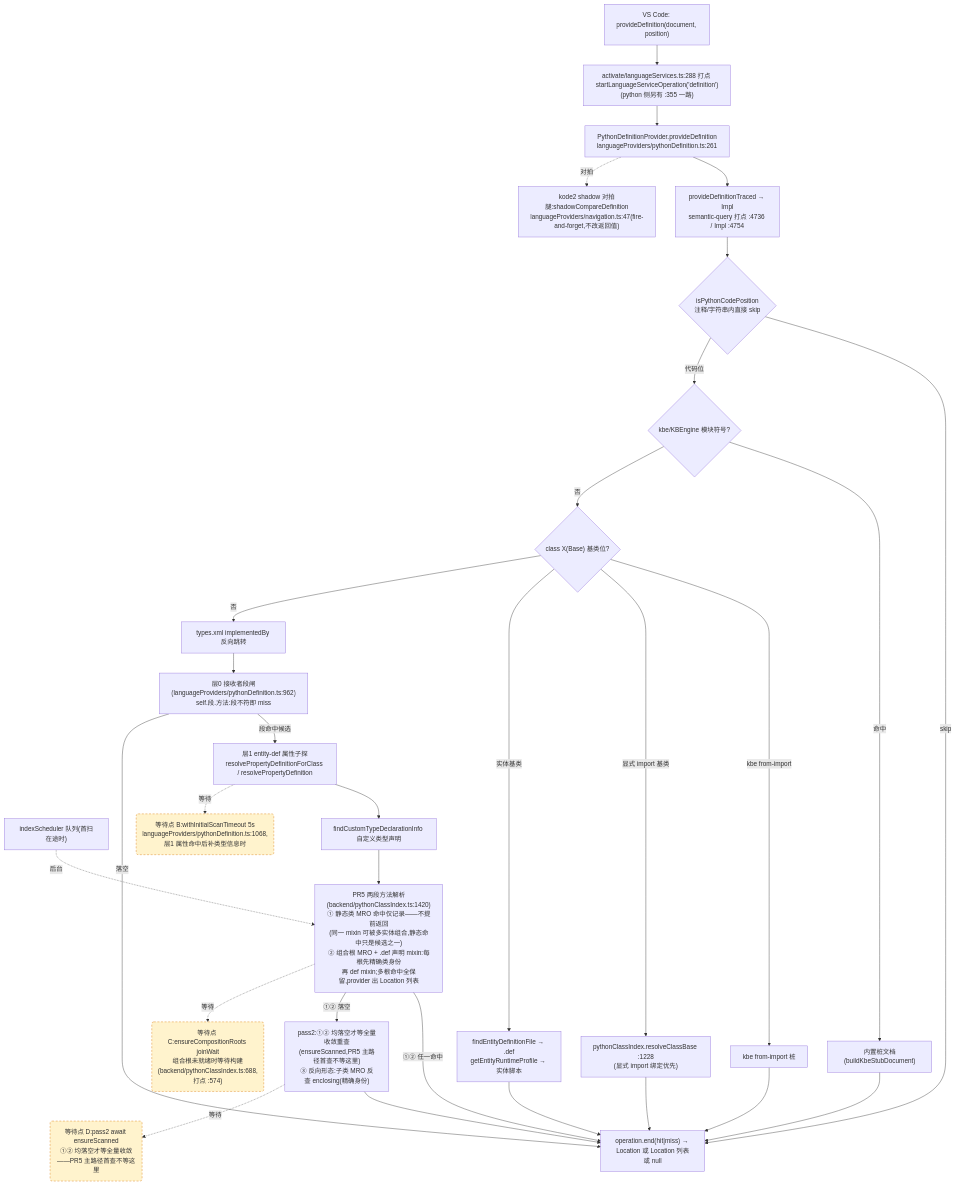
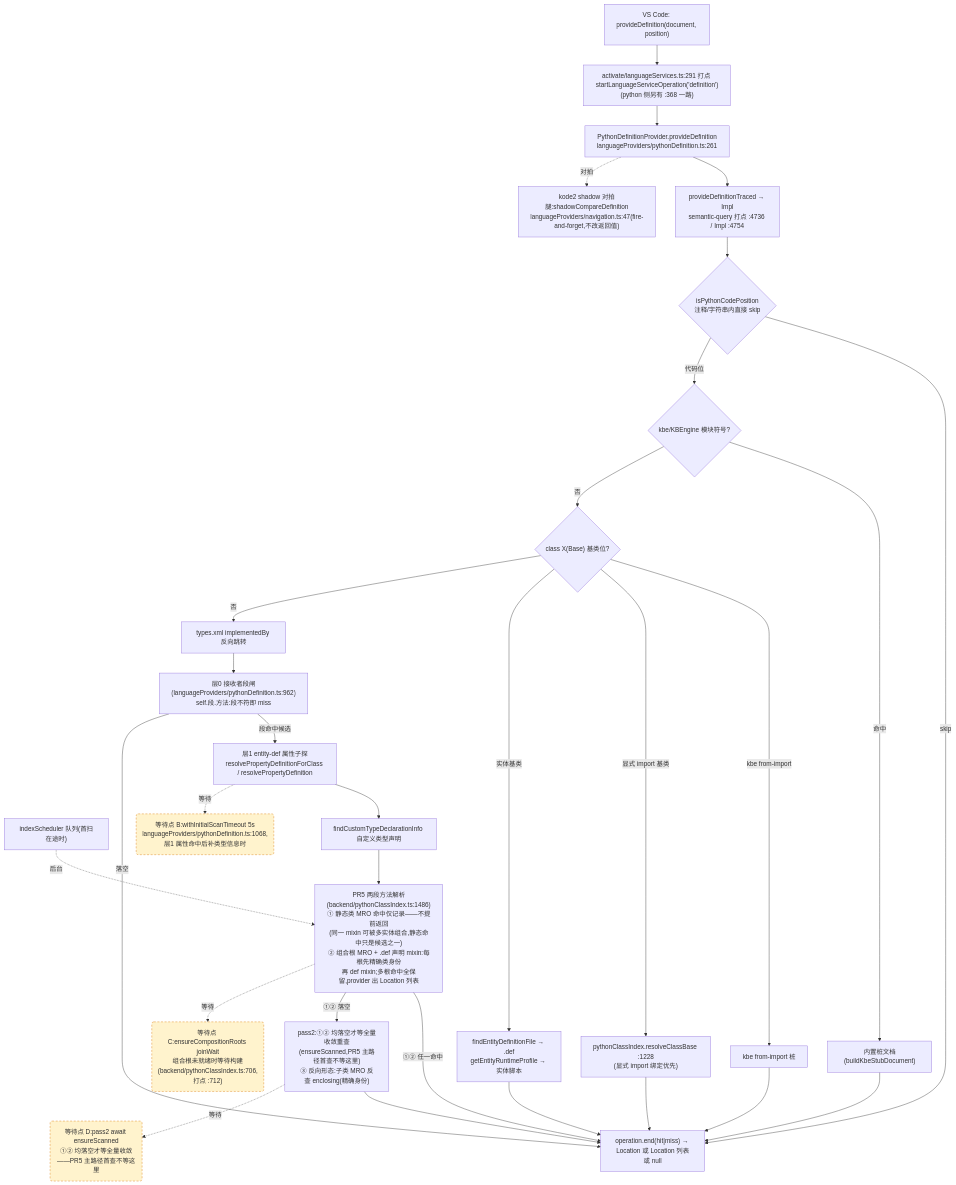
Before and after one commit to cuihairu/kode: the second of 4 diagrams in docs/perf/2026-baseline.md, drawn with Mermaid. The commit also changed other lines of this file and 7 other files, not shown here.

````diff
--- a/docs/perf/2026-baseline.md
+++ b/docs/perf/2026-baseline.md
@@ -148,51 +148,51 @@
 ```mermaid
 flowchart TD
   VC2["VS Code: provideDefinition(document, position)"]
-  M2["activate/languageServices.ts:288 打点 startLanguageServiceOperation('definition')<br/>(python 侧另有 :355 一路)"]
+  M2["activate/languageServices.ts:291 打点 startLanguageServiceOperation('definition')<br/>(python 侧另有 :368 一路)"]
   AD2["PythonDefinitionProvider.provideDefinition<br/>languageProviders/pythonDefinition.ts:261"]
   TR["provideDefinitionTraced → Impl<br/>semantic-query 打点 :4736 / Impl :4754"]
   CTX{"isPythonCodePosition<br/>注释/字符串内直接 skip"}
   KBE{"kbe/KBEngine 模块符号?"}
   STUB["内置桩文档(buildKbeStubDocument)"]
   CB{"class X(Base) 基类位?"}
   CB1["kbe from-import 桩"]
   CB2["pythonClassIndex.resolveClassBase :1228<br/>(显式 import 绑定优先)"]
   CB3["findEntityDefinitionFile → .def<br/>getEntityRuntimeProfile → 实体脚本"]
   REV["types.xml implementedBy 反向跳转"]
   L0["层0 接收者段闸(languageProviders/pythonDefinition.ts:962)<br/>self.段.方法:段不符即 miss"]
   L1["层1 entity-def 属性子探<br/>resolvePropertyDefinitionForClass / resolvePropertyDefinition"]
   SCAN["indexScheduler 队列(首扫在途时)"]
   TY["findCustomTypeDeclarationInfo 自定义类型声明"]
-  MRO["PR5 两段方法解析(backend/pythonClassIndex.ts:1420)<br/>① 静态类 MRO 命中仅记录——不提前返回<br/>(同一 mixin 可被多实体组合,静态命中只是候选之一)<br/>② 组合根 MRO + .def 声明 mixin:每根先精确类身份<br/>再 def mixin;多根命中全保留,provider 出 Location 列表"]
+  MRO["PR5 两段方法解析(backend/pythonClassIndex.ts:1486)<br/>① 静态类 MRO 命中仅记录——不提前返回<br/>(同一 mixin 可被多实体组合,静态命中只是候选之一)<br/>② 组合根 MRO + .def 声明 mixin:每根先精确类身份<br/>再 def mixin;多根命中全保留,provider 出 Location 列表"]
   PASS2["pass2:①② 均落空才等全量收敛重查<br/>(ensureScanned,PR5 主路径首查不等这里)<br/>③ 反向形态:子类 MRO 反查 enclosing(精确身份)"]
   SHD["kode2 shadow 对拍腿:shadowCompareDefinition<br/>languageProviders/navigation.ts:47(fire-and-forget,不改返回值)"]
   END2["operation.end(hit|miss) → Location 或 Location 列表或 null"]
 
   VC2 --> M2 --> AD2 --> TR --> CTX
   CTX -- "skip" --> END2
   CTX -- "代码位" --> KBE
   KBE -- "命中" --> STUB --> END2
   KBE -- "否" --> CB
   CB -- "kbe from-import" --> CB1 --> END2
   CB -- "显式 import 基类" --> CB2 --> END2
   CB -- "实体基类" --> CB3 --> END2
   CB -- "否" --> REV --> L0
   L0 -- "段命中候选" --> L1
   L0 -- "落空" --> END2
   L1 --> TY
   TY --> MRO
   MRO -- "①② 任一命中" --> END2
   MRO -- "①② 落空" --> PASS2 --> END2
   AD2 -.->|对拍| SHD
 
   WAITB("等待点 B:withInitialScanTimeout 5s<br/>languageProviders/pythonDefinition.ts:1068,层1 属性命中后补类型信息时")
-  WAITC("等待点 C:ensureCompositionRoots joinWait<br/>组合根未就绪时等待构建(backend/pythonClassIndex.ts:688,打点 :574)")
+  WAITC("等待点 C:ensureCompositionRoots joinWait<br/>组合根未就绪时等待构建(backend/pythonClassIndex.ts:706,打点 :712)")
   WAITD("等待点 D:pass2 await ensureScanned<br/>①② 均落空才等全量收敛——PR5 主路径首查不等这里")
   L1 -.->|等待| WAITB
   MRO -.->|等待| WAITC
   PASS2 -.->|等待| WAITD
   SCAN -.->|后台| MRO
 
   classDef waitPoint fill:#fff3cd,stroke:#d97706,stroke-dasharray:5 4;
   class WAITB,WAITC,WAITD waitPoint;
 ```
````
